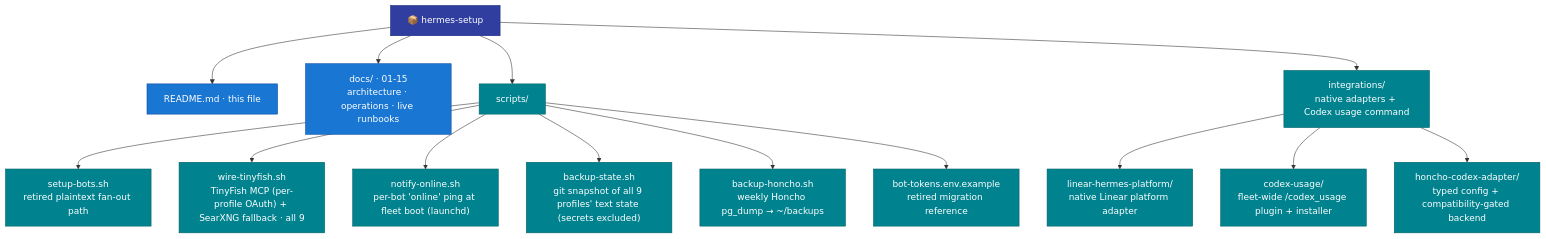
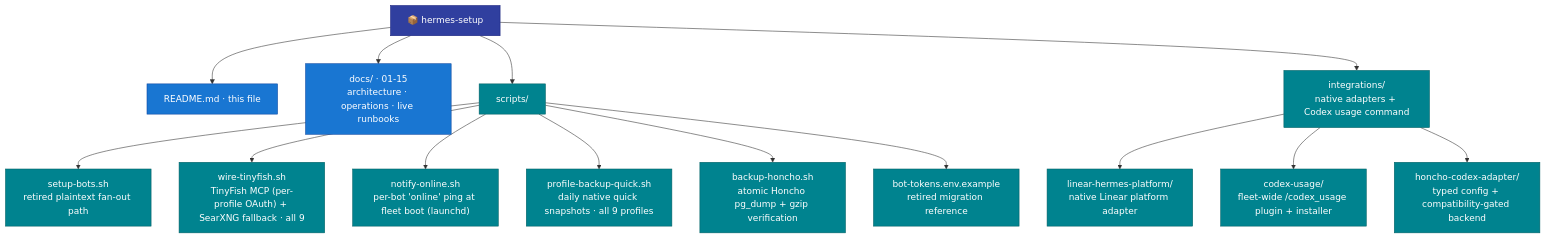
Before and after one commit to mpolatcan/hermes-setup: the fifth of 5 diagrams in README.md, drawn with Mermaid. The commit also changed other lines of this file and 7 other files, not shown here.

Commit message:
Align backup lifecycle with native quick snapshots

````diff
--- a/README.md
+++ b/README.md
@@ -298,20 +298,20 @@
 ```mermaid
 flowchart TB
     root["📦 hermes-setup"]:::root
     root --> readme["README.md · this file"]:::doc
     root --> docs["docs/ · 01-15<br/>architecture · operations · live runbooks"]:::doc
     root --> scripts["scripts/"]:::svc
     root --> integrations["integrations/<br/>native adapters + Codex usage command"]:::svc
     integrations --> lin["linear-hermes-platform/<br/>native Linear platform adapter"]:::svc
     integrations --> cu["codex-usage/<br/>fleet-wide /codex_usage plugin + installer"]:::svc
     integrations --> hc["honcho-codex-adapter/<br/>typed config + compatibility-gated backend"]:::svc
     scripts --> sb["setup-bots.sh<br/>retired plaintext fan-out path"]:::svc
     scripts --> wt["wire-tinyfish.sh<br/>TinyFish MCP (per-profile OAuth) + SearXNG fallback · all 9"]:::svc
     scripts --> no["notify-online.sh<br/>per-bot 'online' ping at fleet boot (launchd)"]:::svc
-    scripts --> bs["backup-state.sh<br/>git snapshot of all 9 profiles' text state (secrets excluded)"]:::svc
-    scripts --> bh["backup-honcho.sh<br/>weekly Honcho pg_dump → ~/backups"]:::svc
+    scripts --> bs["profile-backup-quick.sh<br/>daily native quick snapshots · all 9 profiles"]:::svc
+    scripts --> bh["backup-honcho.sh<br/>atomic Honcho pg_dump + gzip verification"]:::svc
     scripts --> ex["bot-tokens.env.example<br/>retired migration reference"]:::svc
     classDef root fill:#303F9F,stroke:#1A237E,color:#fff
     classDef doc fill:#1976D2,stroke:#0D47A1,color:#fff
     classDef svc fill:#00838F,stroke:#006064,color:#fff
 ```
````
